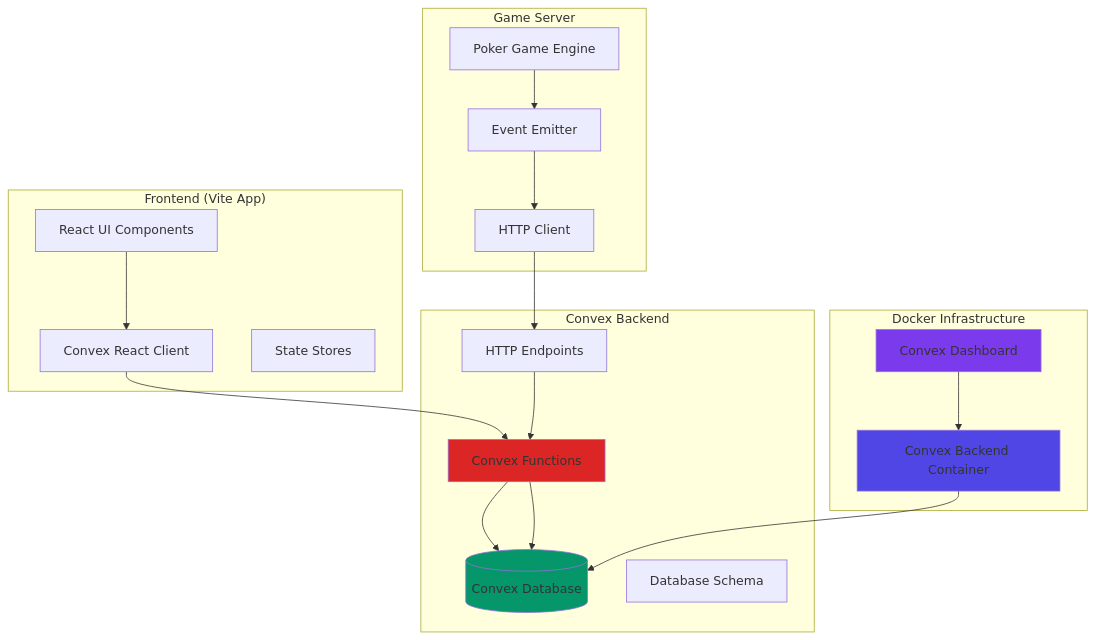
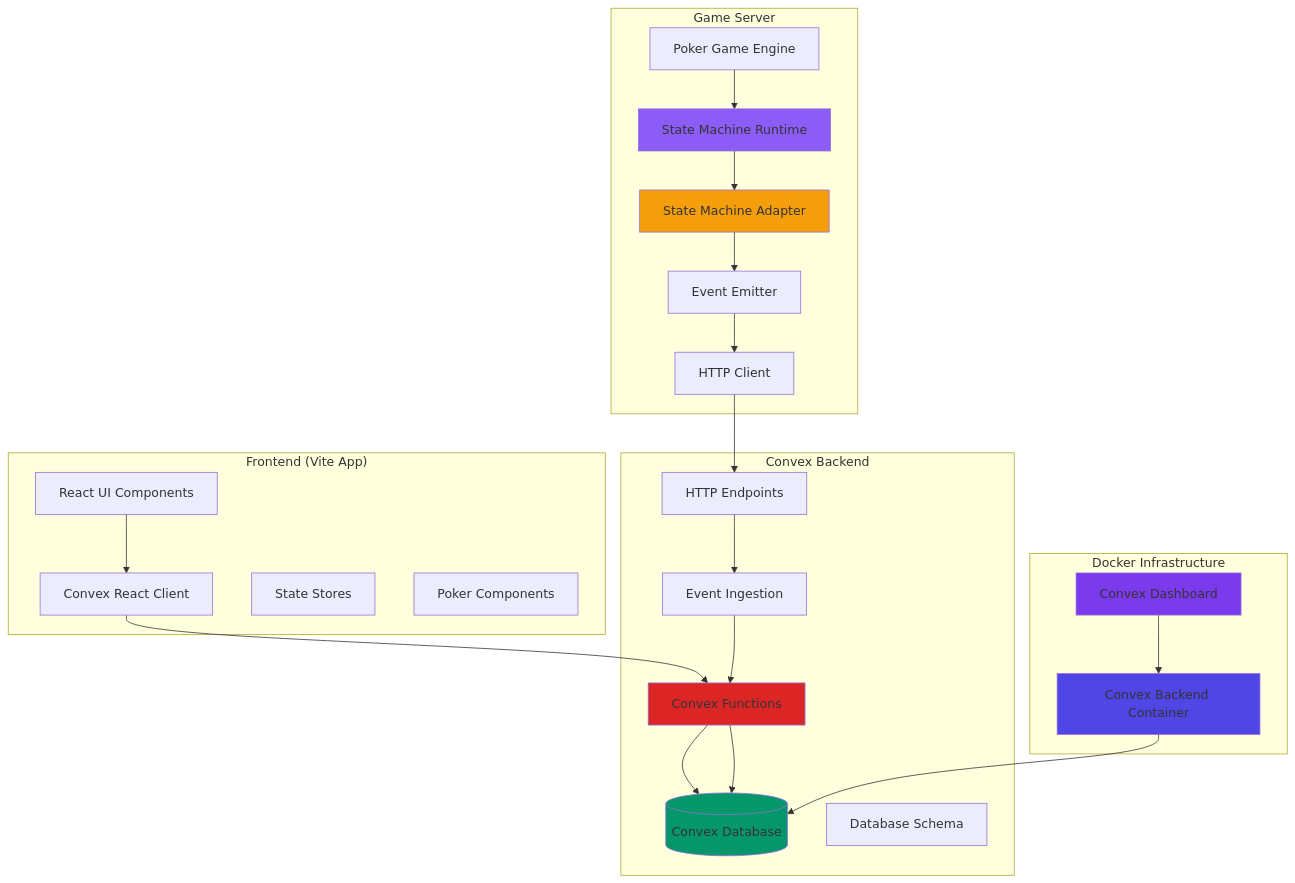
The first of 2 diagrams in docs/convex-integration-architecture.md (smallfatcat/montecarlo), drawn with Mermaid before and after one commit. The commit also changed other lines of this file and 7 other files, not shown here.

````diff
--- a/docs/convex-integration-architecture.md
+++ b/docs/convex-integration-architecture.md
@@ -16,44 +17,53 @@
 ```mermaid
 graph TB
     subgraph "Frontend (Vite App)"
         UI[React UI Components]
         ConvexClient[Convex React Client]
         Stores[State Stores]
+        PokerUI[Poker Components]
     end
     
     subgraph "Game Server"
         GameEngine[Poker Game Engine]
+        StateMachine[State Machine Runtime]
         EventEmitter[Event Emitter]
         HTTPClient[HTTP Client]
+        StateMachineAdapter[State Machine Adapter]
     end
     
     subgraph "Convex Backend"
         DB[(Convex Database)]
         HTTP[HTTP Endpoints]
         Functions[Convex Functions]
         Schema[Database Schema]
+        Ingest[Event Ingestion]
     end
     
     subgraph "Docker Infrastructure"
         ConvexBackend[Convex Backend Container]
         Dashboard[Convex Dashboard]
     end
     
     UI --> ConvexClient
     ConvexClient --> Functions
     Functions --> DB
     
-    GameEngine --> EventEmitter
+    GameEngine --> StateMachine
+    StateMachine --> StateMachineAdapter
+    StateMachineAdapter --> EventEmitter
     EventEmitter --> HTTPClient
     HTTPClient --> HTTP
-    HTTP --> Functions
+    HTTP --> Ingest
+    Ingest --> Functions
     Functions --> DB
     
     ConvexBackend --> DB
     Dashboard --> ConvexBackend
     
     style ConvexBackend fill:#4f46e5
     style Dashboard fill:#7c3aed
     style DB fill:#059669
     style Functions fill:#dc2626
+    style StateMachine fill:#8b5cf6
+    style StateMachineAdapter fill:#f59e0b
 ```
````
